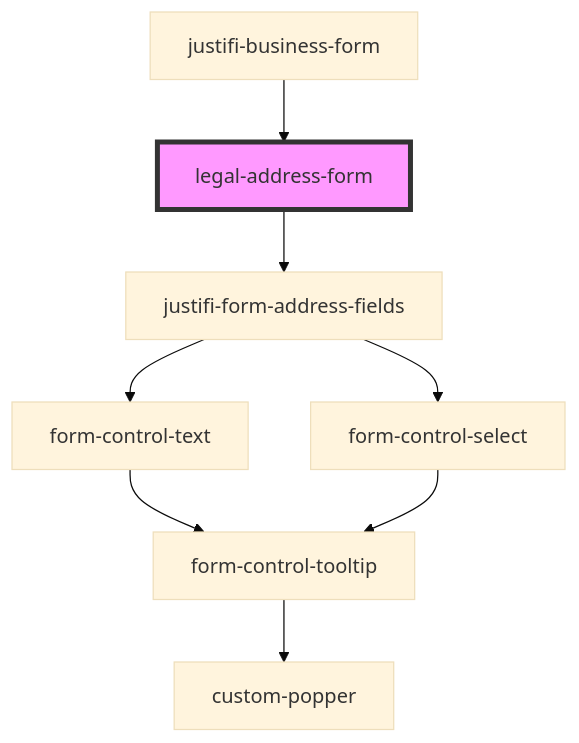
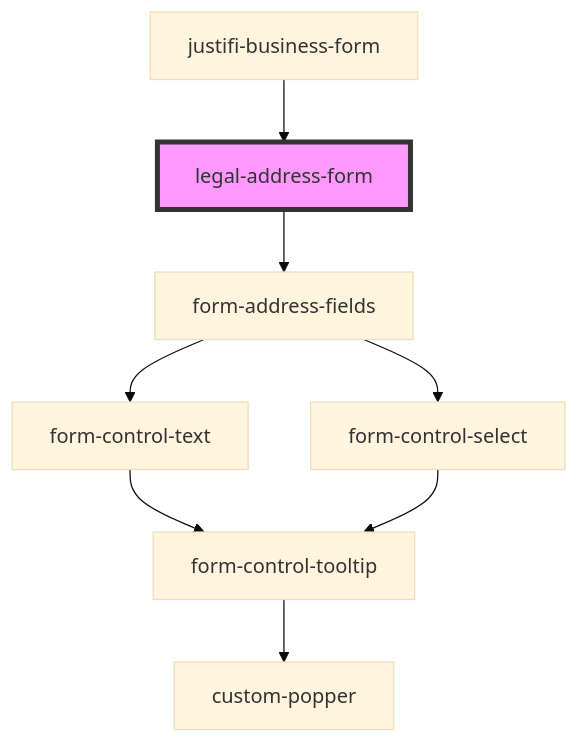
One commit to justifi-tech/web-component-library changed the diagram in packages/webcomponents/src/components/business-forms/business-form/legal-address-form/readme.md. Above: the diagram before and after it, drawn with Mermaid (base theme). The commit also changed other lines of this file and 36 other files, not shown here.

````diff
--- a/packages/webcomponents/src/components/business-forms/business-form/legal-address-form/readme.md
+++ b/packages/webcomponents/src/components/business-forms/business-form/legal-address-form/readme.md
@@ -27,11 +27,11 @@
 ```mermaid
 graph TD;
-  legal-address-form --> justifi-form-address-fields
-  justifi-form-address-fields --> form-control-text
-  justifi-form-address-fields --> form-control-select
+  legal-address-form --> form-address-fields
+  form-address-fields --> form-control-text
+  form-address-fields --> form-control-select
   form-control-text --> form-control-tooltip
   form-control-tooltip --> custom-popper
   form-control-select --> form-control-tooltip
   justifi-business-form --> legal-address-form
   style legal-address-form fill:#f9f,stroke:#333,stroke-width:4px
 ```
````
